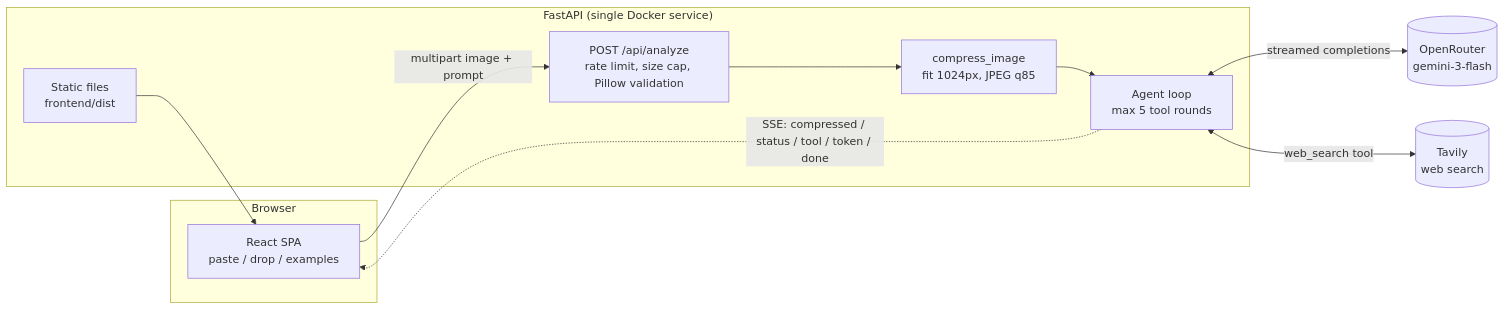
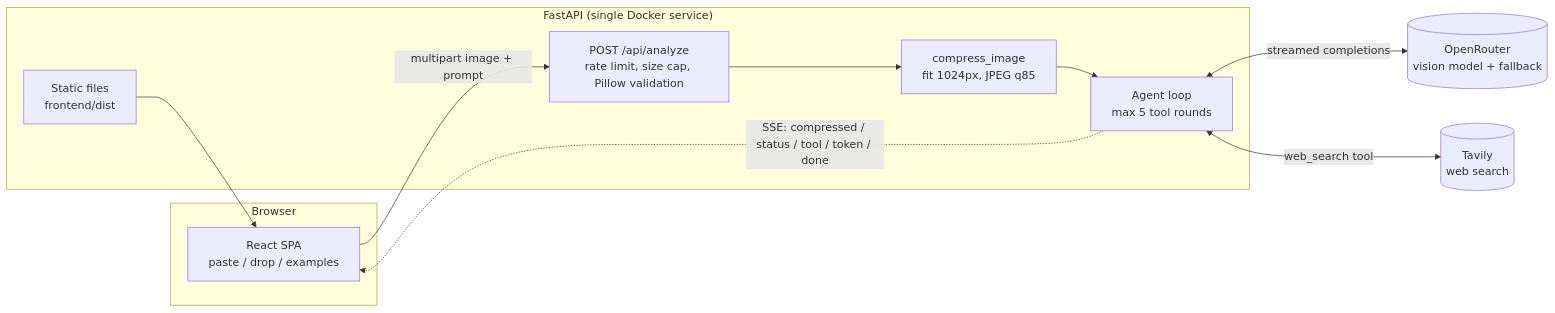
Before and after one commit to ratmol/AI-Projects: the diagram in vis-fix-web/README.md, drawn with Mermaid. The commit also changed other lines of this file and 7 other files, not shown here.

First line of the commit message:
Default to free vision models with a fallback, and stop hardcoding the model in the UI

````diff
--- a/vis-fix-web/README.md
+++ b/vis-fix-web/README.md
@@ -30,21 +30,21 @@
 ```mermaid
 flowchart LR
     subgraph Browser
         UI[React SPA<br/>paste / drop / examples]
     end
     subgraph "FastAPI (single Docker service)"
         ST[Static files<br/>frontend/dist]
         AN["POST /api/analyze<br/>rate limit, size cap, Pillow validation"]
         CMP[compress_image<br/>fit 1024px, JPEG q85]
         AG[Agent loop<br/>max 5 tool rounds]
     end
-    OR[(OpenRouter<br/>gemini-3-flash)]
+    OR[(OpenRouter<br/>vision model + fallback)]
     TV[(Tavily<br/>web search)]
 
     UI -->|multipart image + prompt| AN
     AN --> CMP --> AG
     AG <-->|streamed completions| OR
     AG <-->|web_search tool| TV
     AG -.->|"SSE: compressed / status / tool / token / done"| UI
     ST --> UI
 ```
````
